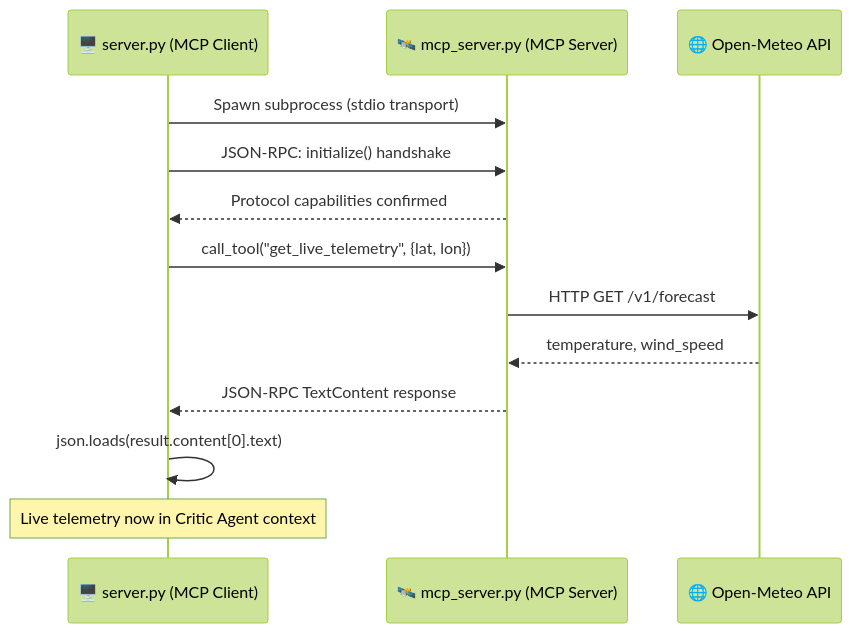
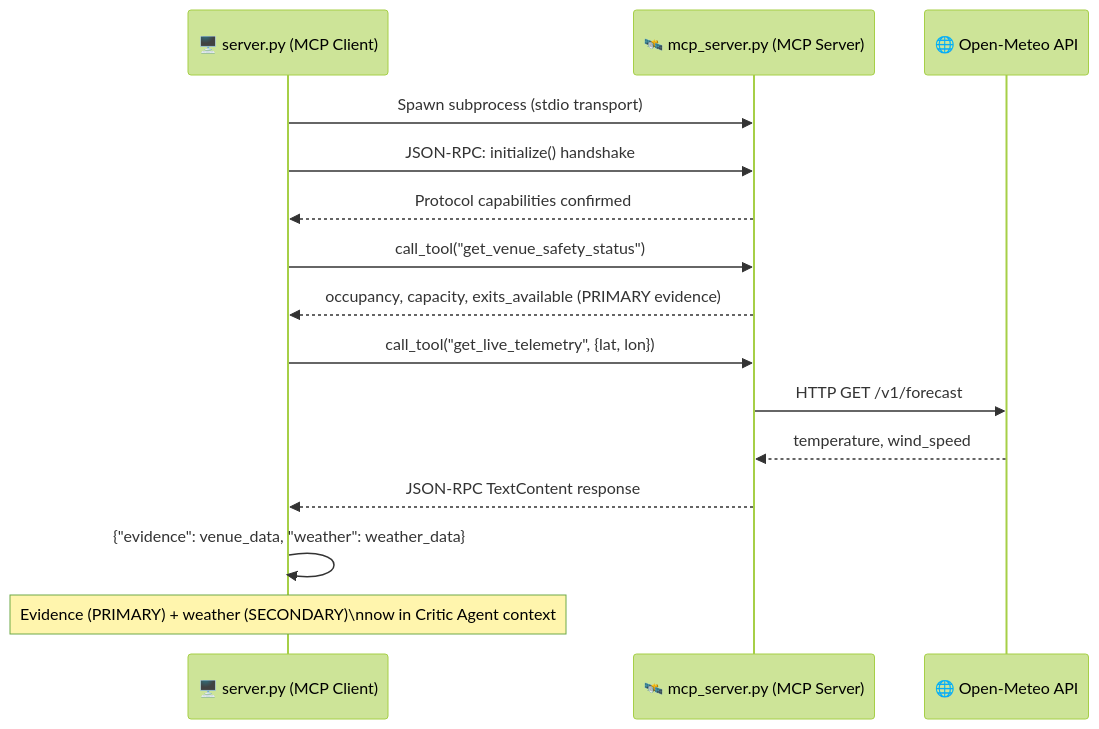
Before and after one commit to CODERUDRA-X/AEGIS-SWARM: the second of 4 diagrams in README.md, drawn with Mermaid (forest theme). The commit also changed other lines of this file, not shown here.

````diff
--- a/README.md
+++ b/README.md
@@ -132,16 +147,18 @@
 ```mermaid
 sequenceDiagram
     participant Backend as 🖥️ server.py (MCP Client)
     participant MCP as 🛰️ mcp_server.py (MCP Server)
     participant API as 🌐 Open-Meteo API
 
     Backend->>MCP: Spawn subprocess (stdio transport)
     Backend->>MCP: JSON-RPC: initialize() handshake
     MCP-->>Backend: Protocol capabilities confirmed
+    Backend->>MCP: call_tool("get_venue_safety_status")
+    MCP-->>Backend: occupancy, capacity, exits_available (PRIMARY evidence)
     Backend->>MCP: call_tool("get_live_telemetry", {lat, lon})
     MCP->>API: HTTP GET /v1/forecast
     API-->>MCP: temperature, wind_speed
     MCP-->>Backend: JSON-RPC TextContent response
-    Backend->>Backend: json.loads(result.content[0].text)
-    Note over Backend: Live telemetry now in Critic Agent context
+    Backend->>Backend: {"evidence": venue_data, "weather": weather_data}
+    Note over Backend: Evidence (PRIMARY) + weather (SECONDARY)\nnow in Critic Agent context
 ```
````
